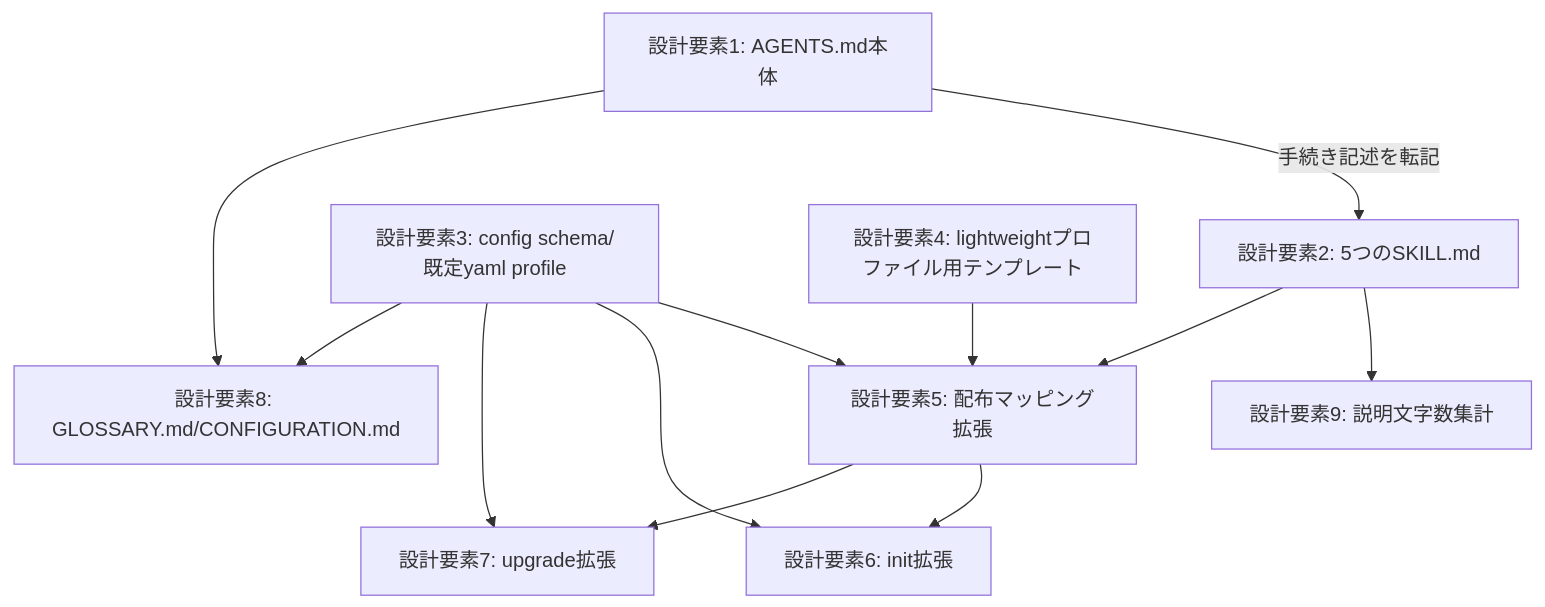
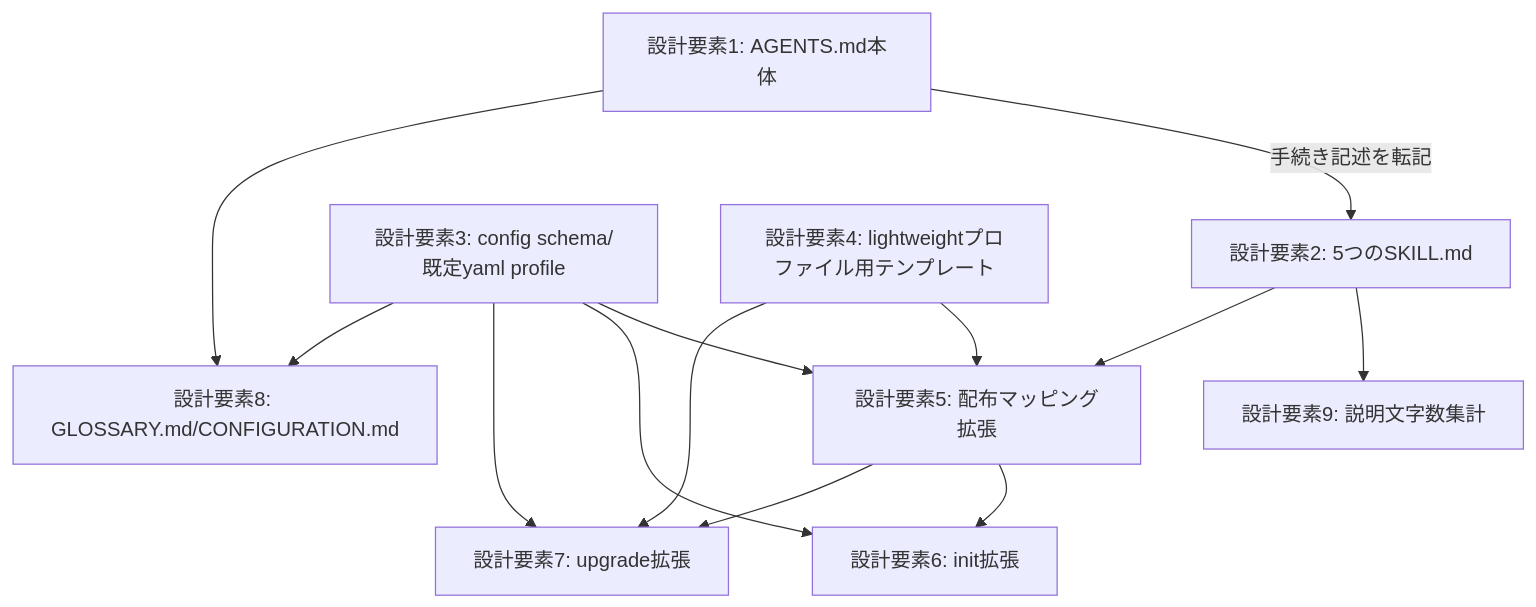
The diagram in DESIGN.md (techbeansjp-free/AGENTS.md), drawn with Mermaid before and after one commit. The commit also changed other lines of this file and 1 other file, not shown here.

````diff
--- a/DESIGN.md
+++ b/DESIGN.md
@@ -91,14 +91,15 @@
 ```mermaid
 graph TD
   D1["設計要素1: AGENTS.md本体"] -->|手続き記述を転記| D2["設計要素2: 5つのSKILL.md"]
   D2 --> D9["設計要素9: 説明文字数集計"]
   D3["設計要素3: config schema/既定yaml profile"] --> D5["設計要素5: 配布マッピング拡張"]
   D4["設計要素4: lightweightプロファイル用テンプレート"] --> D5
   D2 --> D5
   D5 --> D6["設計要素6: init拡張"]
   D5 --> D7["設計要素7: upgrade拡張"]
+  D4 --> D7
   D3 --> D6
   D3 --> D7
   D3 --> D8["設計要素8: GLOSSARY.md/CONFIGURATION.md"]
   D1 --> D8
 ```
````
